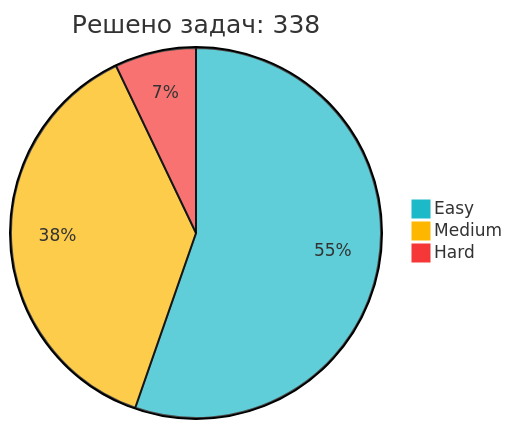
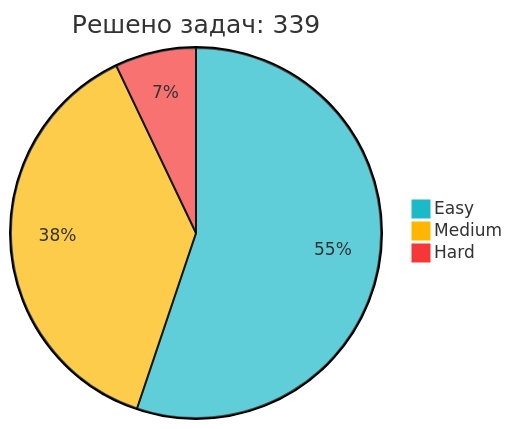
The diagram in README.md (IliaKurdukov/IliaKurdukov), drawn with Mermaid before and after one commit. The commit also changed other lines of this file, not shown here.

Commit message:
📈 Обновление статистики LeetCode

````diff
--- a/README.md
+++ b/README.md
@@ -51,7 +51,7 @@
 ```mermaid
 %%{init: {'theme': 'base', 'themeVariables': { 'pie1': '#1CBAC8', 'pie2': '#FEB700', 'pie3': '#F63737' }, 'config': {'width': 300, 'height': 200}}}%%
-pie title Решено задач: 338
+pie title Решено задач: 339
    "Easy" : 187
-   "Medium" : 127
+   "Medium" : 128
    "Hard" : 24
 ```
````
